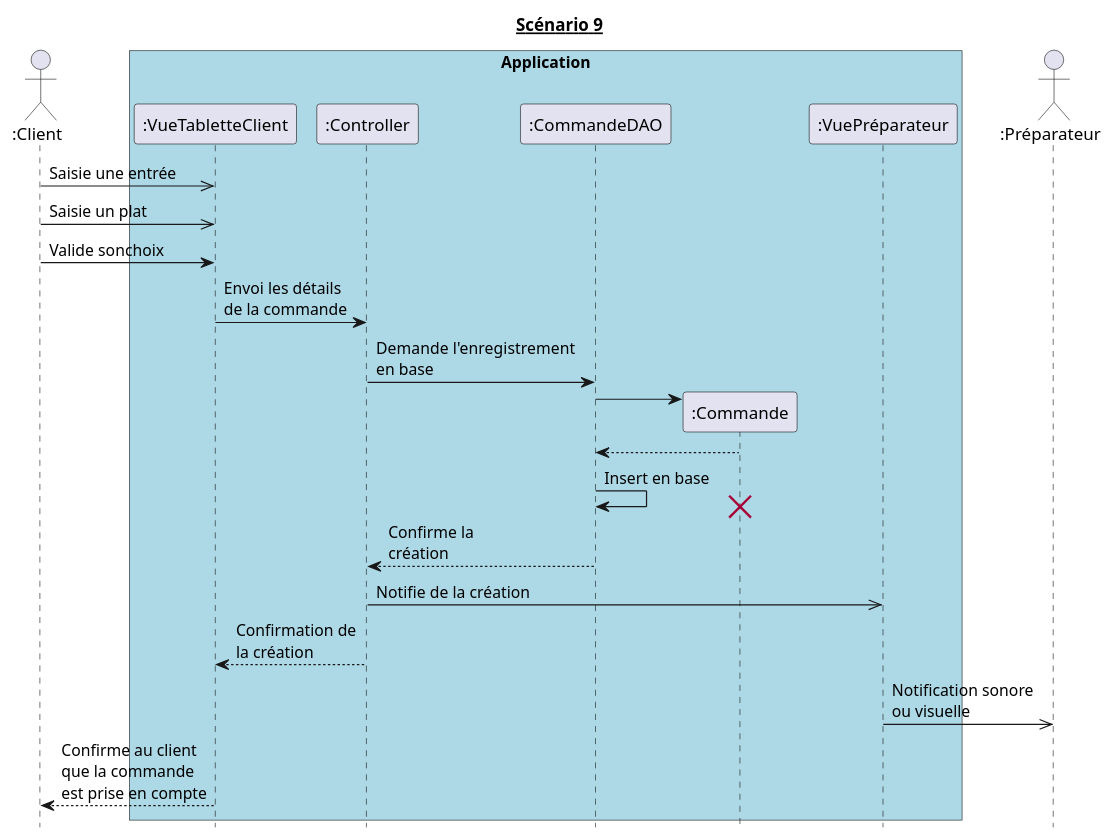
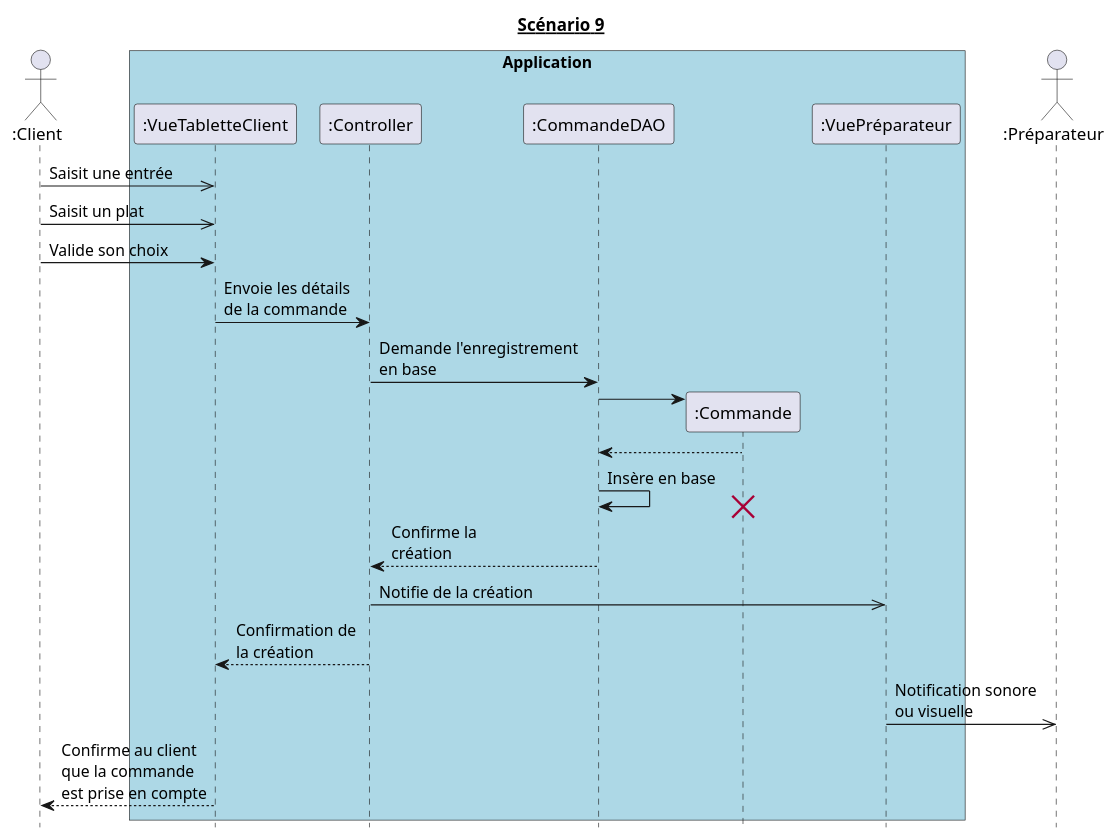
One commit to hulskenA/GL-Les_seigneurs_du_resto changed the diagram in diagrammes_sequences_detailles/dss9.md. Above: the diagram before and after it, drawn with PlantUML.

````diff
--- a/diagrammes_sequences_detailles/dss9.md
+++ b/diagrammes_sequences_detailles/dss9.md
@@ -1,41 +1,41 @@
 ```puml
 @startuml
 hide footbox
 title __Scénario 9__
 
 
 actor ":Client" as Client order 10
 actor ":Préparateur" as Préparateur order 70
 
 box "Application" #Lightblue
     participant ":VueTabletteClient" as VueTabletteClient order 20
     participant ":Controller" as Controller order 30
     participant ":CommandeDAO" as CommandeDAO order 40
     participant ":Commande" as Commande order 50
     participant ":VuePréparateur" as VuePréparateur order 60
 endbox
 
-Client ->> VueTabletteClient : Saisie une entrée
-Client ->> VueTabletteClient : Saisie un plat
-Client -> VueTabletteClient : Valide sonchoix
+Client ->> VueTabletteClient : Saisit une entrée
+Client ->> VueTabletteClient : Saisit un plat
+Client -> VueTabletteClient : Valide son choix
 
-VueTabletteClient -> Controller : Envoi les détails\nde la commande
+VueTabletteClient -> Controller : Envoie les détails\nde la commande
 
 Controller -> CommandeDAO : Demande l'enregistrement\nen base
 
 create Commande
 CommandeDAO -> Commande
 CommandeDAO <-- Commande
-CommandeDAO -> CommandeDAO : Insert en base
+CommandeDAO -> CommandeDAO : Insère en base
 destroy Commande
 CommandeDAO --> Controller : Confirme la\ncréation
 
 Controller ->> VuePréparateur : Notifie de la création
 Controller --> VueTabletteClient : Confirmation de\nla création
 
 VuePréparateur ->> Préparateur : Notification sonore\nou visuelle
 
 VueTabletteClient --> Client : Confirme au client\nque la commande\nest prise en compte
 
 @enduml
 ```
````
